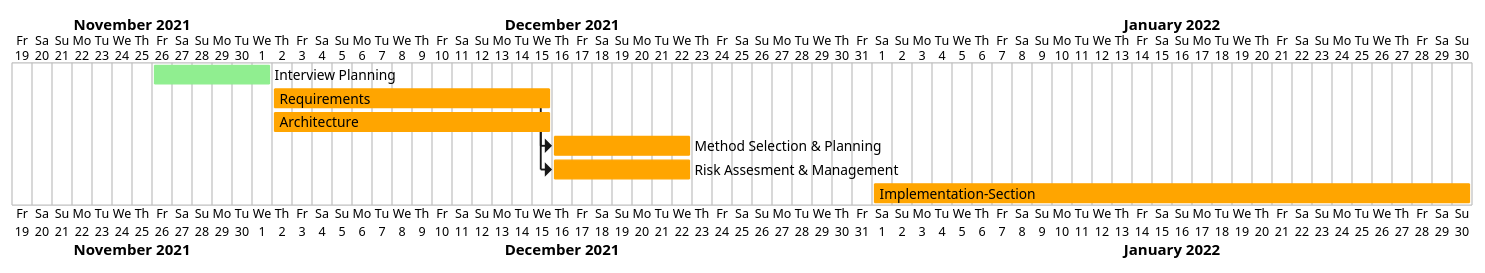
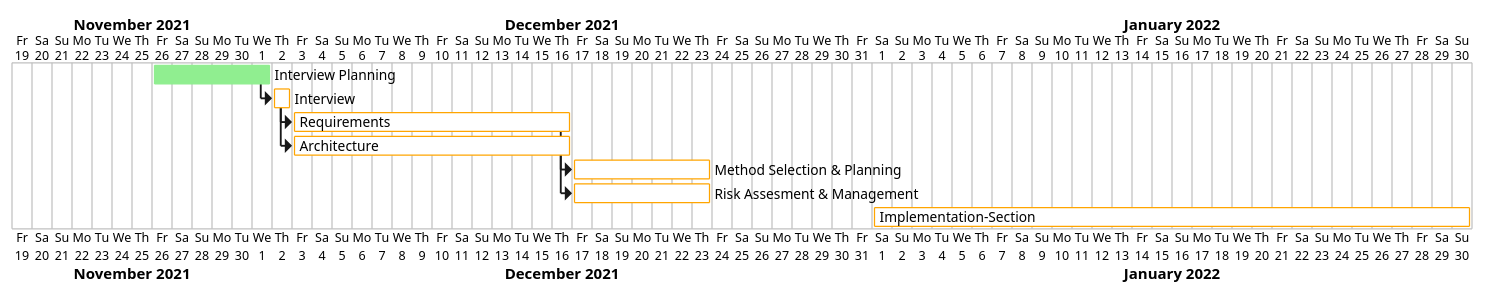
The first of 3 diagrams in gantt-chart.md (Lyrenhex/ENG1-Project-Part2), drawn with PlantUML before and after one commit. The commit also changed other lines of this file and 6 other files, not shown here.

Commit message:
updated gantt charts to be more accurate + better formatting

````diff
--- a/gantt-chart.md
+++ b/gantt-chart.md
@@ -5,31 +5,41 @@
 ```plantuml
 @startgantt
 [Interview Planning] lasts 6 days
 [Interview Planning] is 100% complete
 [Interview Planning] is colored in lightgreen
 
+[Interview] lasts 1 day
+[Interview] is 0% complete
+[Interview] is colored in orange
+
 [Requirements] lasts 14 days
 [Requirements] is colored in orange
+[Requirements] is 0% complete
 
 [Architecture] lasts 14 days
 [Architecture] is colored in orange
+[Architecture] is 0% complete
 
 [Method Selection & Planning] lasts 7 days
 [Method Selection & Planning] is colored in orange
+[Method Selection & Planning] is 0% complete
 
 [Risk Assesment & Management] lasts 7 days
 [Risk Assesment & Management] is colored in orange
+[Risk Assesment & Management] is 0% complete
 
 [Implementation-Section] lasts 30 days
 [Implementation-Section] is colored in orange
+[Implementation-Section] is 0% complete
 
 
 Project starts 2021-11-19
 [Interview Planning] starts 2021-11-26
-[Requirements] starts 2021-12-2
-[Architecture] starts 2021-12-2
+[Interview] starts at [Interview Planning]'s end
+[Requirements] starts at [Interview]'s end
+[Architecture] starts at [Interview]'s end
 [Method Selection & Planning] starts at [Requirements]'s end
 [Risk Assesment & Management] starts at [Architecture]'s end
 [Implementation-Section] starts 2022-1-1
 @endgantt
 ```
````
